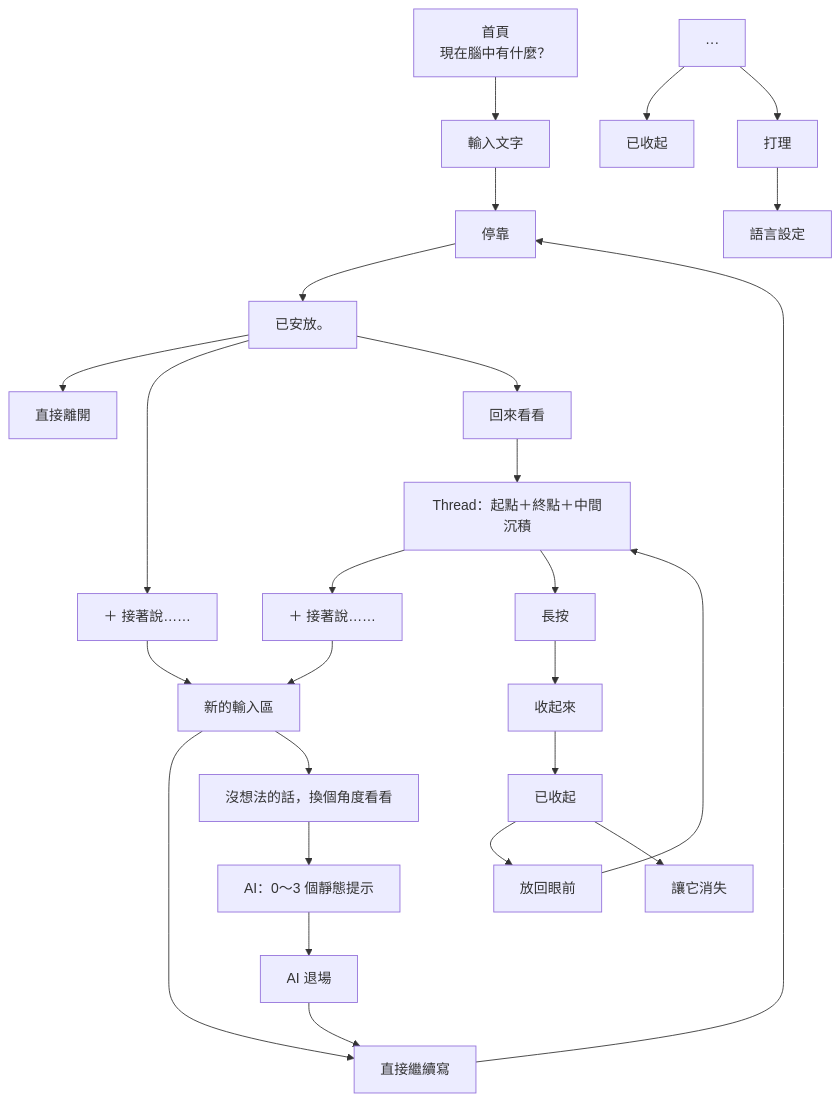
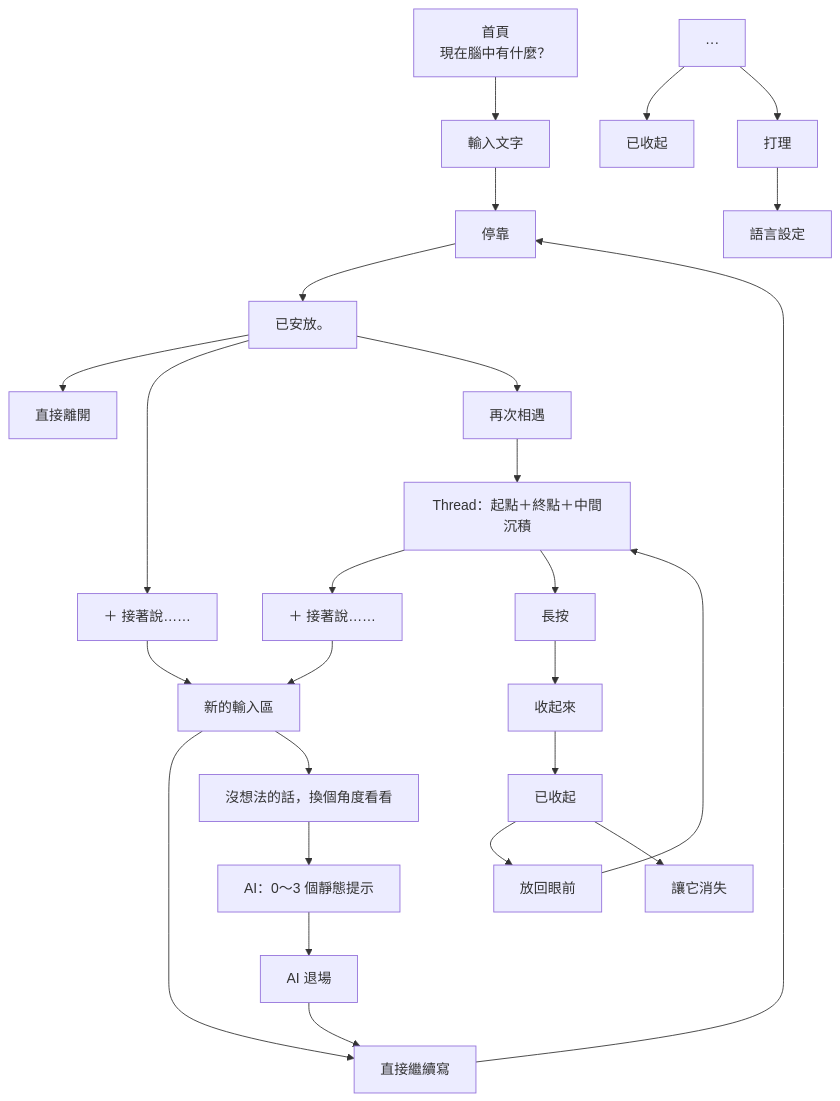
The diagram in PROJECT_CHARTER.md (q5089877/privateMind), drawn with Mermaid before and after one commit. The commit also changed other lines of this file and 14 other files, not shown here.

Commit message:
fix(ui): align copy, fix timeline actions, optimize typography, and update review text

````diff
--- a/PROJECT_CHARTER.md
+++ b/PROJECT_CHARTER.md
@@ -132,38 +132,38 @@
 ```mermaid
 flowchart TD
     A["首頁<br/>現在腦中有什麼？"] --> B["輸入文字"]
     B --> C["停靠"]
     C --> D["已安放。"]
 
     D --> E["直接離開"]
     D --> F["＋ 接著說……"]
 
     F --> G["新的輸入區"]
     G --> H["直接繼續寫"]
     G --> I["沒想法的話，換個角度看看"]
 
     I --> J["AI：0～3 個靜態提示"]
     J --> K["AI 退場"]
     K --> H
 
     H --> C
 
-    D --> L["回來看看"]
+    D --> L["再次相遇"]
     L --> M["Thread：起點＋終點＋中間沉積"]
 
     M --> N["＋ 接著說……"]
     N --> G
 
     M --> O["長按"]
     O --> P["收起來"]
     P --> Q["已收起"]
 
     Q --> R["放回眼前"]
     R --> M
 
     Q --> S["讓它消失"]
 
     T["···"] --> U["已收起"]
     T --> V["打理"]
     V --> W["語言設定"]
 ```
````
